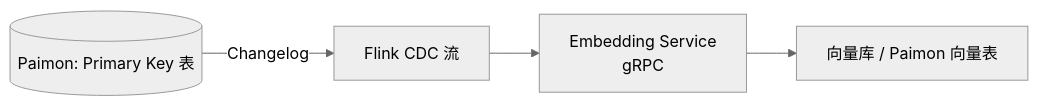
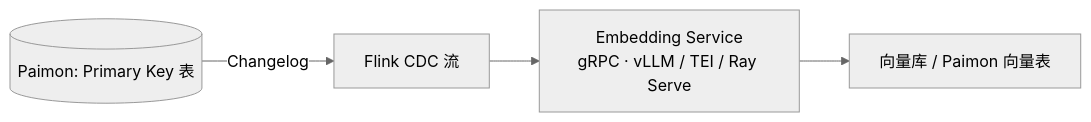
One commit to wangyong9999/lakehouse-wiki changed the second of 2 diagrams in docs/ml-infra/embedding-pipelines.md. Above: the diagram before and after it, drawn with Mermaid (neutral theme). The commit also changed other lines of this file and 2 other files, not shown here.

````diff
--- a/docs/ml-infra/embedding-pipelines.md
+++ b/docs/ml-infra/embedding-pipelines.md
@@ -35,6 +53,6 @@
 ```mermaid
 flowchart LR
   paimon[(Paimon: Primary Key 表)] -->|Changelog| flink[Flink CDC 流]
-  flink --> embed_service[Embedding Service<br/>gRPC]
+  flink --> embed_service[Embedding Service<br/>gRPC · vLLM / TEI / Ray Serve]
   embed_service --> sink[向量库 / Paimon 向量表]
 ```
````
